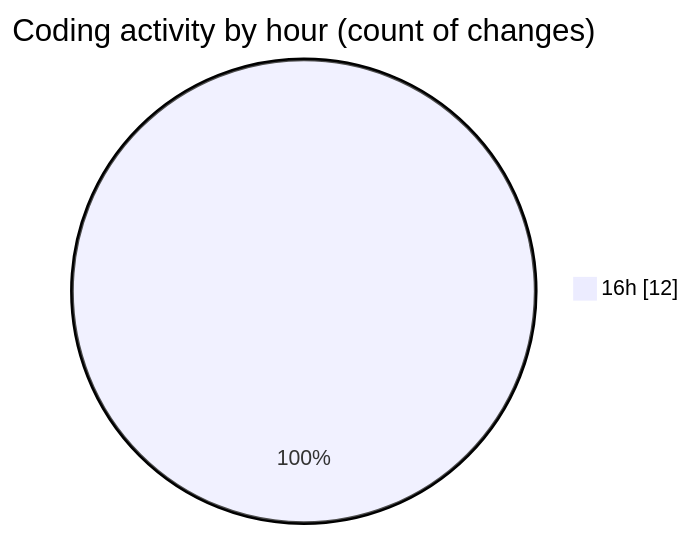
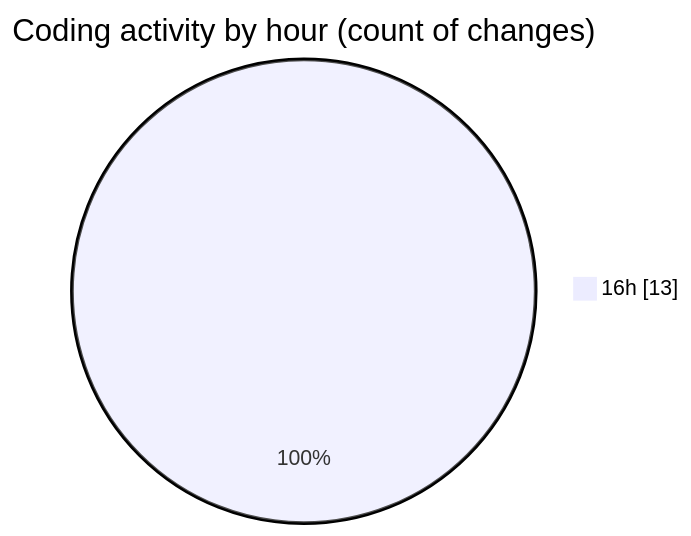
Before and after one commit to robertbonfada/code-tracking: the second of 2 diagrams in 2025-05-20/mbc-web/README.md, drawn with Mermaid. The commit also changed other lines of this file and 1 other file, not shown here.

````diff
--- a/2025-05-20/mbc-web/README.md
+++ b/2025-05-20/mbc-web/README.md
@@ -33,5 +33,5 @@
 ```mermaid
 pie showData
 title Coding activity by hour (count of changes)
-"16h" : 12
+"16h" : 13
 ```
````
